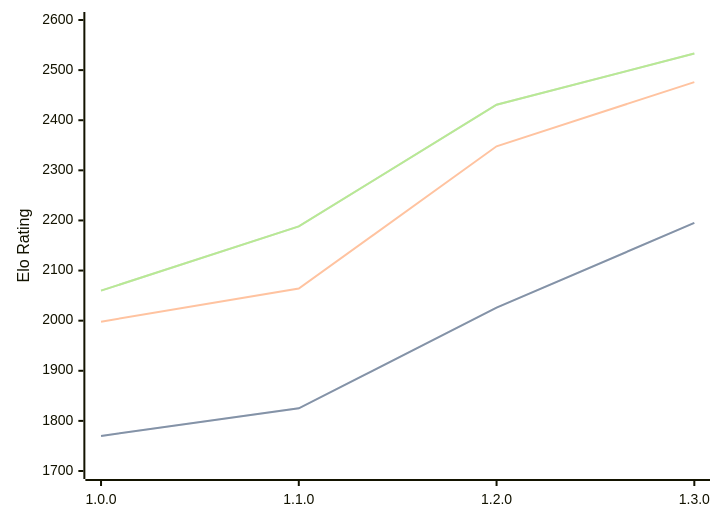
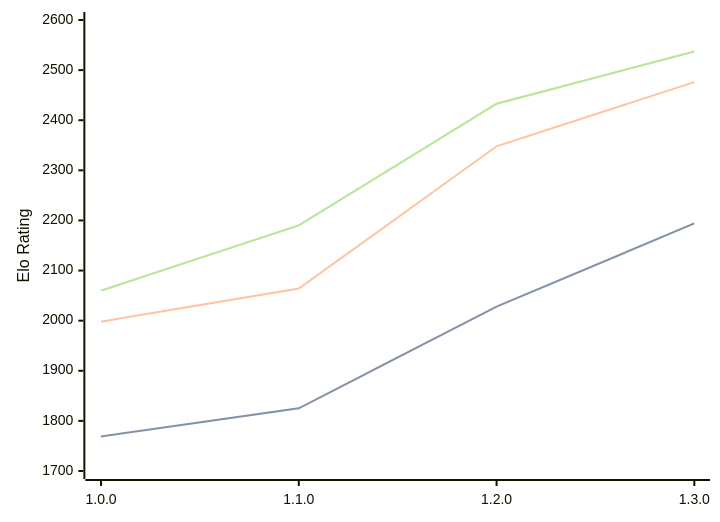
The diagram in engines/Anodos.md (computer-chess-index/cci), drawn with Mermaid before and after one commit. The commit also changed other lines of this file, not shown here.

Commit message:
Update CCI Ratings (ELO VLTC) - 2026-04-25

````diff
--- a/engines/Anodos.md
+++ b/engines/Anodos.md
@@ -45,11 +45,11 @@
 ```mermaid
 %%{init: {"theme":"base","themeVariables":{"seriesColors:['#a3a3a3','#222221','#faa371']}}}%%
 xychart-beta
   x-axis ["1.0.0", "1.1.0", "1.2.0", "1.3.0"]
   y-axis "Elo Rating" 1700 --> 2600
-  line "STC (8.0+0.08s)" [1770, 1825, 2026, 2195]
-  line "STC (8.0+0.08s)" [1770, 1825, 2026, 2195]
+  line "STC (8.0+0.08s)" [1769, 1825, 2028, 2194]
+  line "STC (8.0+0.08s)" [1769, 1825, 2028, 2194]
   line "LTC (60.0+0.60s)" [1998, 2064, 2348, 2476]
-  line "VLTC (2m24s+1.12s)" [2060, 2188, 2431, 2533]
-  line "VLTC (2m24s+1.12s)" [2060, 2188, 2431, 2533]
+  line "VLTC (2m24s+1.12s)" [2060, 2190, 2433, 2537]
+  line "VLTC (2m24s+1.12s)" [2060, 2190, 2433, 2537]
 ```
````
